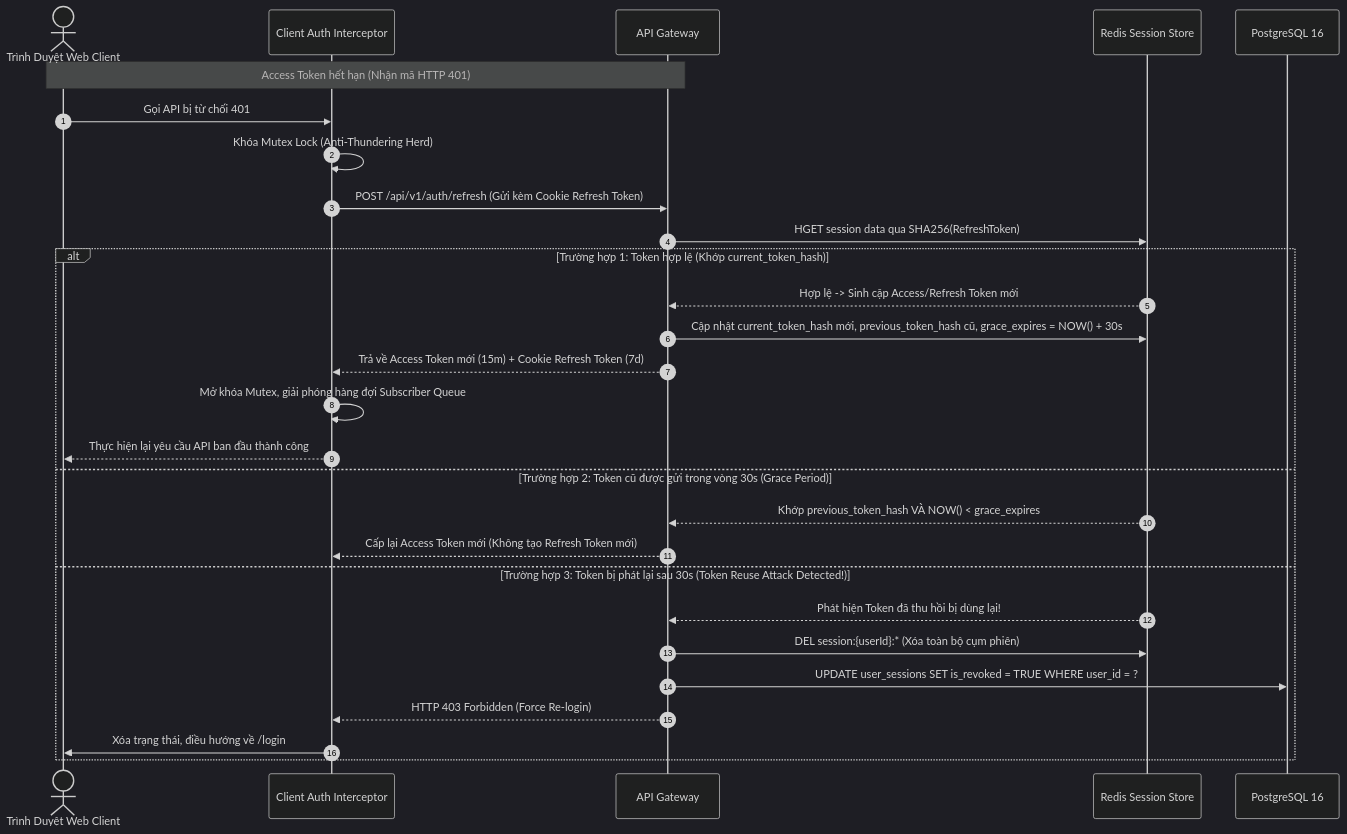
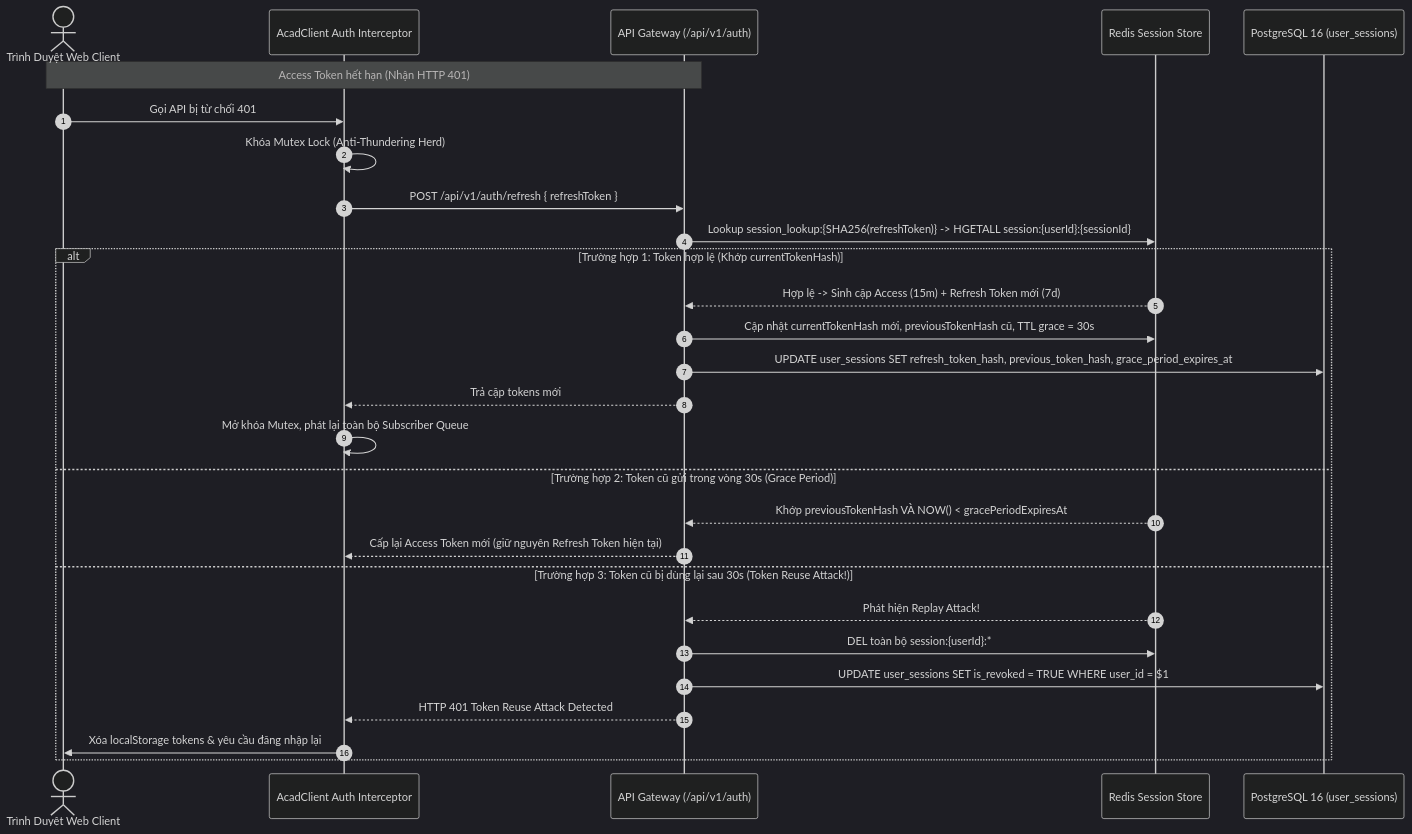
One commit to mjjyv/acad_devOps-project changed the first of 3 diagrams in docs/01_architecture_and_data/03_data_flows_dag.md. Above: the diagram before and after it, drawn with Mermaid (dark theme). The commit also changed other lines of this file and 74 other files, not shown here.

````diff
--- a/docs/01_architecture_and_data/03_data_flows_dag.md
+++ b/docs/01_architecture_and_data/03_data_flows_dag.md
@@ -10,32 +10,32 @@
 ```mermaid
 sequenceDiagram
     autonumber
     actor Client as Trình Duyệt Web Client
-    participant Interceptor as Client Auth Interceptor
-    participant Gateway as API Gateway
+    participant Interceptor as AcadClient Auth Interceptor
+    participant Gateway as API Gateway (/api/v1/auth)
     participant Redis as Redis Session Store
-    participant DB as PostgreSQL 16
-    
-    Note over Client, Gateway: Access Token hết hạn (Nhận mã HTTP 401)
+    participant DB as PostgreSQL 16 (user_sessions)
+
+    Note over Client, Gateway: Access Token hết hạn (Nhận HTTP 401)
     Client->>Interceptor: Gọi API bị từ chối 401
     Interceptor->>Interceptor: Khóa Mutex Lock (Anti-Thundering Herd)
-    Interceptor->>Gateway: POST /api/v1/auth/refresh (Gửi kèm Cookie Refresh Token)
-    Gateway->>Redis: HGET session data qua SHA256(RefreshToken)
-    
-    alt Trường hợp 1: Token hợp lệ (Khớp current_token_hash)
-        Redis-->>Gateway: Hợp lệ -> Sinh cặp Access/Refresh Token mới
-        Gateway->>Redis: Cập nhật current_token_hash mới, previous_token_hash cũ, grace_expires = NOW() + 30s
-        Gateway-->>Interceptor: Trả về Access Token mới (15m) + Cookie Refresh Token (7d)
-        Interceptor->>Interceptor: Mở khóa Mutex, giải phóng hàng đợi Subscriber Queue
-        Interceptor-->>Client: Thực hiện lại yêu cầu API ban đầu thành công
-    else Trường hợp 2: Token cũ được gửi trong vòng 30s (Grace Period)
-        Redis-->>Gateway: Khớp previous_token_hash VÀ NOW() < grace_expires
-        Gateway-->>Interceptor: Cấp lại Access Token mới (Không tạo Refresh Token mới)
-    else Trường hợp 3: Token bị phát lại sau 30s (Token Reuse Attack Detected!)
-        Redis-->>Gateway: Phát hiện Token đã thu hồi bị dùng lại!
-        Gateway->>Redis: DEL session:{userId}:* (Xóa toàn bộ cụm phiên)
-        Gateway->>DB: UPDATE user_sessions SET is_revoked = TRUE WHERE user_id = ?
-        Gateway-->>Interceptor: HTTP 403 Forbidden (Force Re-login)
-        Interceptor->>Client: Xóa trạng thái, điều hướng về /login
+    Interceptor->>Gateway: POST /api/v1/auth/refresh { refreshToken }
+    Gateway->>Redis: Lookup session_lookup:{SHA256(refreshToken)} -> HGETALL session:{userId}:{sessionId}
+
+    alt Trường hợp 1: Token hợp lệ (Khớp currentTokenHash)
+        Redis-->>Gateway: Hợp lệ -> Sinh cặp Access (15m) + Refresh Token mới (7d)
+        Gateway->>Redis: Cập nhật currentTokenHash mới, previousTokenHash cũ, TTL grace = 30s
+        Gateway->>DB: UPDATE user_sessions SET refresh_token_hash, previous_token_hash, grace_period_expires_at
+        Gateway-->>Interceptor: Trả cặp tokens mới
+        Interceptor->>Interceptor: Mở khóa Mutex, phát lại toàn bộ Subscriber Queue
+    else Trường hợp 2: Token cũ gửi trong vòng 30s (Grace Period)
+        Redis-->>Gateway: Khớp previousTokenHash VÀ NOW() < gracePeriodExpiresAt
+        Gateway-->>Interceptor: Cấp lại Access Token mới (giữ nguyên Refresh Token hiện tại)
+    else Trường hợp 3: Token cũ bị dùng lại sau 30s (Token Reuse Attack!)
+        Redis-->>Gateway: Phát hiện Replay Attack!
+        Gateway->>Redis: DEL toàn bộ session:{userId}:*
+        Gateway->>DB: UPDATE user_sessions SET is_revoked = TRUE WHERE user_id = $1
+        Gateway-->>Interceptor: HTTP 401 Token Reuse Attack Detected
+        Interceptor->>Client: Xóa localStorage tokens & yêu cầu đăng nhập lại
     end
 ```
````
